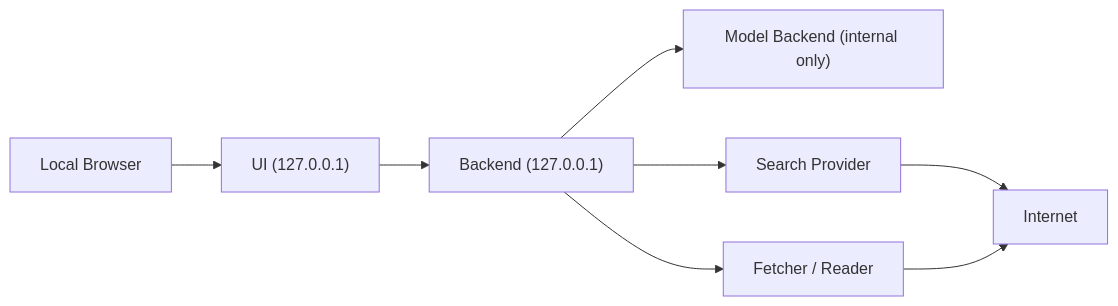
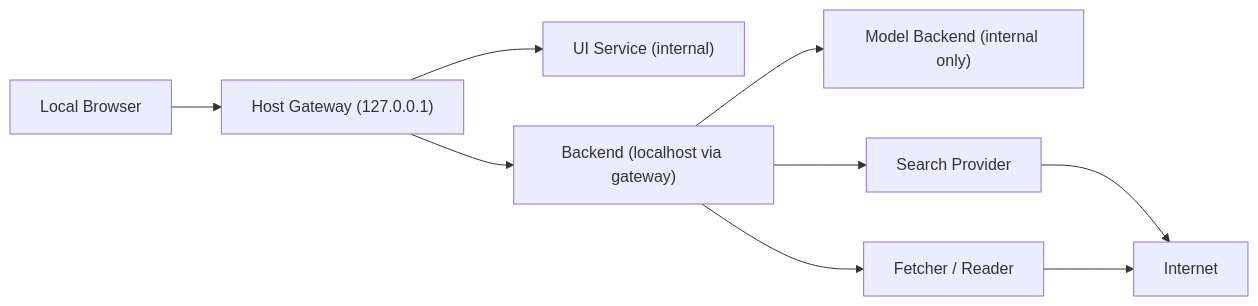
Before and after one commit to StamosArhon/AnonExplo: the diagram in docs/ARCHITECTURE.md, drawn with Mermaid. The commit also changed other lines of this file and 10 other files, not shown here.

````diff
--- a/docs/ARCHITECTURE.md
+++ b/docs/ARCHITECTURE.md
@@ -24,10 +26,11 @@
 ```mermaid
 flowchart LR
-    User["Local Browser"] --> UI["UI (127.0.0.1)"]
-    UI --> Backend["Backend (127.0.0.1)"]
+    User["Local Browser"] --> Gateway["Host Gateway (127.0.0.1)"]
+    Gateway --> UIService["UI Service (internal)"]
+    Gateway --> Backend["Backend (localhost via gateway)"]
     Backend --> Model["Model Backend (internal only)"]
     Backend --> Search["Search Provider"]
     Backend --> Fetcher["Fetcher / Reader"]
     Search --> Internet["Internet"]
     Fetcher --> Internet
 ```
````
